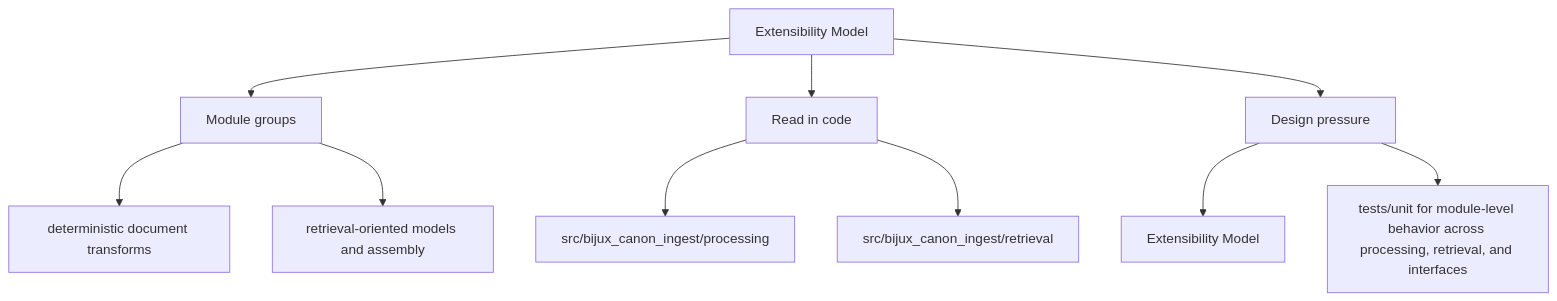
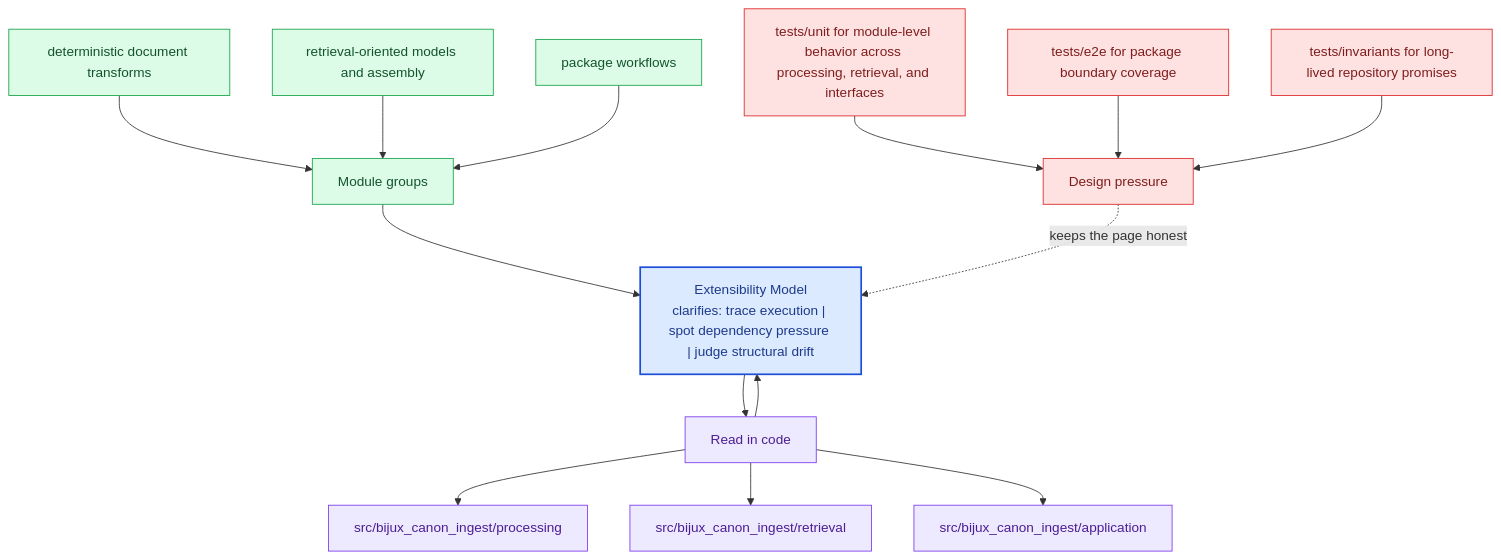
One commit to bijux/bijux-canon changed the second of 2 diagrams in docs/bijux-canon-ingest/architecture/extensibility-model.md. Above: the diagram before and after it, drawn with Mermaid. The commit also changed other lines of this file and 281 other files, not shown here.

Commit message:
docs(diagrams): deepen handbook mermaid maps across the catalog

````diff
--- a/docs/bijux-canon-ingest/architecture/extensibility-model.md
+++ b/docs/bijux-canon-ingest/architecture/extensibility-model.md
@@ -34,22 +67,40 @@
 ```mermaid
-flowchart TD
-    page["Extensibility Model"]
+flowchart TB
+    promise["Extensibility Model<br/>clarifies: trace execution | spot dependency pressure | judge structural drift"]
+    classDef promise fill:#dbeafe,stroke:#1d4ed8,color:#1e3a8a,stroke-width:2px;
+    classDef driver fill:#dcfce7,stroke:#16a34a,color:#14532d;
+    classDef constraint fill:#fee2e2,stroke:#dc2626,color:#7f1d1d;
+    classDef ground fill:#ede9fe,stroke:#7c3aed,color:#4c1d95;
     focus1["Module groups"]
-    page --> focus1
+    focus1 --> promise
     focus1_1["deterministic document transforms"]
-    focus1 --> focus1_1
+    focus1_1 --> focus1
     focus1_2["retrieval-oriented models and assembly"]
-    focus1 --> focus1_2
+    focus1_2 --> focus1
+    focus1_3["package workflows"]
+    focus1_3 --> focus1
+    class focus1 driver;
+    class focus1_1,focus1_2,focus1_3 driver;
     focus2["Read in code"]
-    page --> focus2
+    focus2 --> promise
+    promise --> focus2
     focus2_1["src/bijux_canon_ingest/processing"]
     focus2 --> focus2_1
     focus2_2["src/bijux_canon_ingest/retrieval"]
     focus2 --> focus2_2
+    focus2_3["src/bijux_canon_ingest/application"]
+    focus2 --> focus2_3
+    class focus2 ground;
+    class focus2_1,focus2_2,focus2_3 ground;
     focus3["Design pressure"]
-    page --> focus3
-    focus3_1["Extensibility Model"]
-    focus3 --> focus3_1
-    focus3_2["tests/unit for module-level behavior across processing, retrieval, and interfaces"]
-    focus3 --> focus3_2
+    focus3 -.keeps the page honest.-> promise
+    focus3_1["tests/unit for module-level behavior across processing, retrieval, and interfaces"]
+    focus3_1 --> focus3
+    focus3_2["tests/e2e for package boundary coverage"]
+    focus3_2 --> focus3
+    focus3_3["tests/invariants for long-lived repository promises"]
+    focus3_3 --> focus3
+    class focus3 constraint;
+    class focus3_1,focus3_2,focus3_3 constraint;
+    class promise promise;
 ```
````
